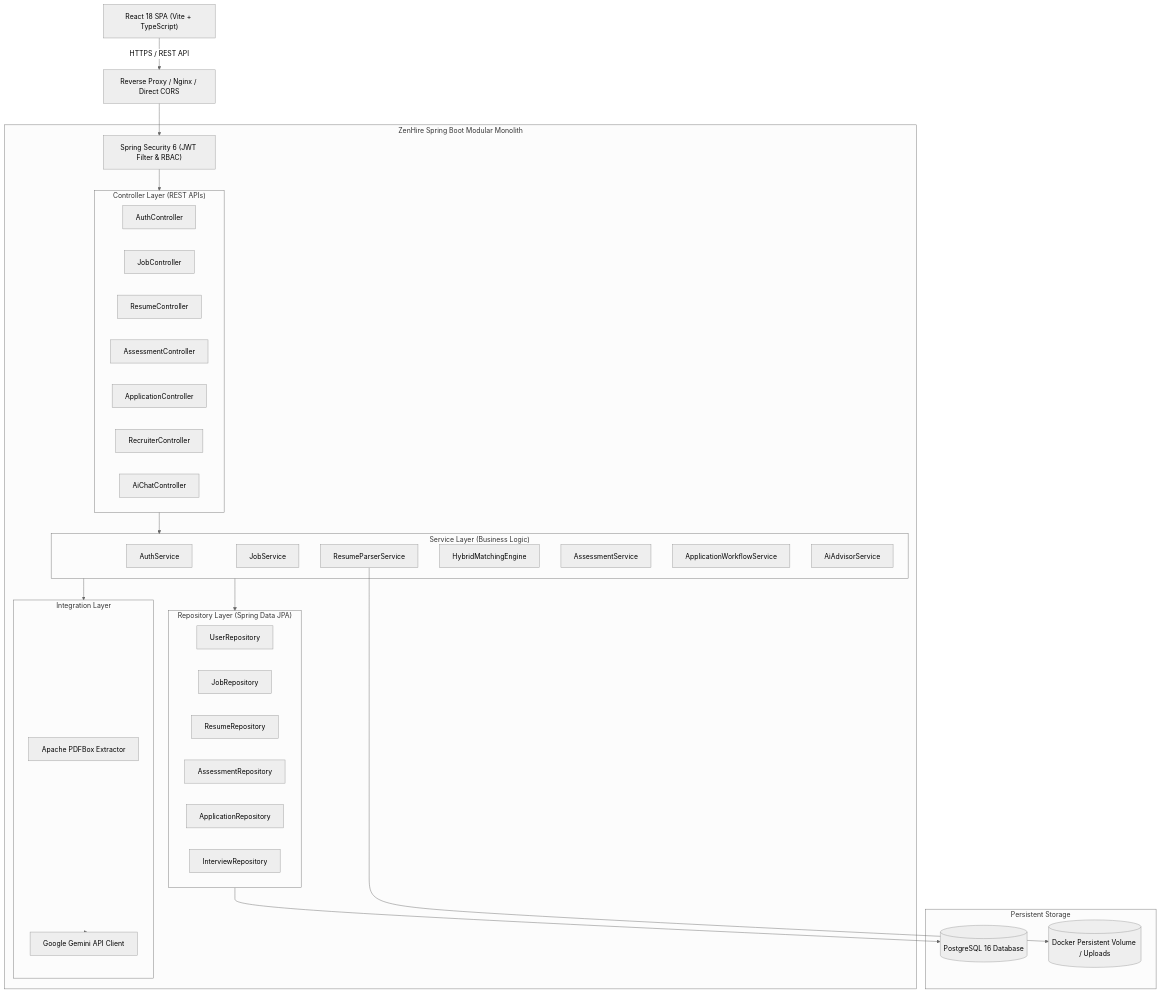
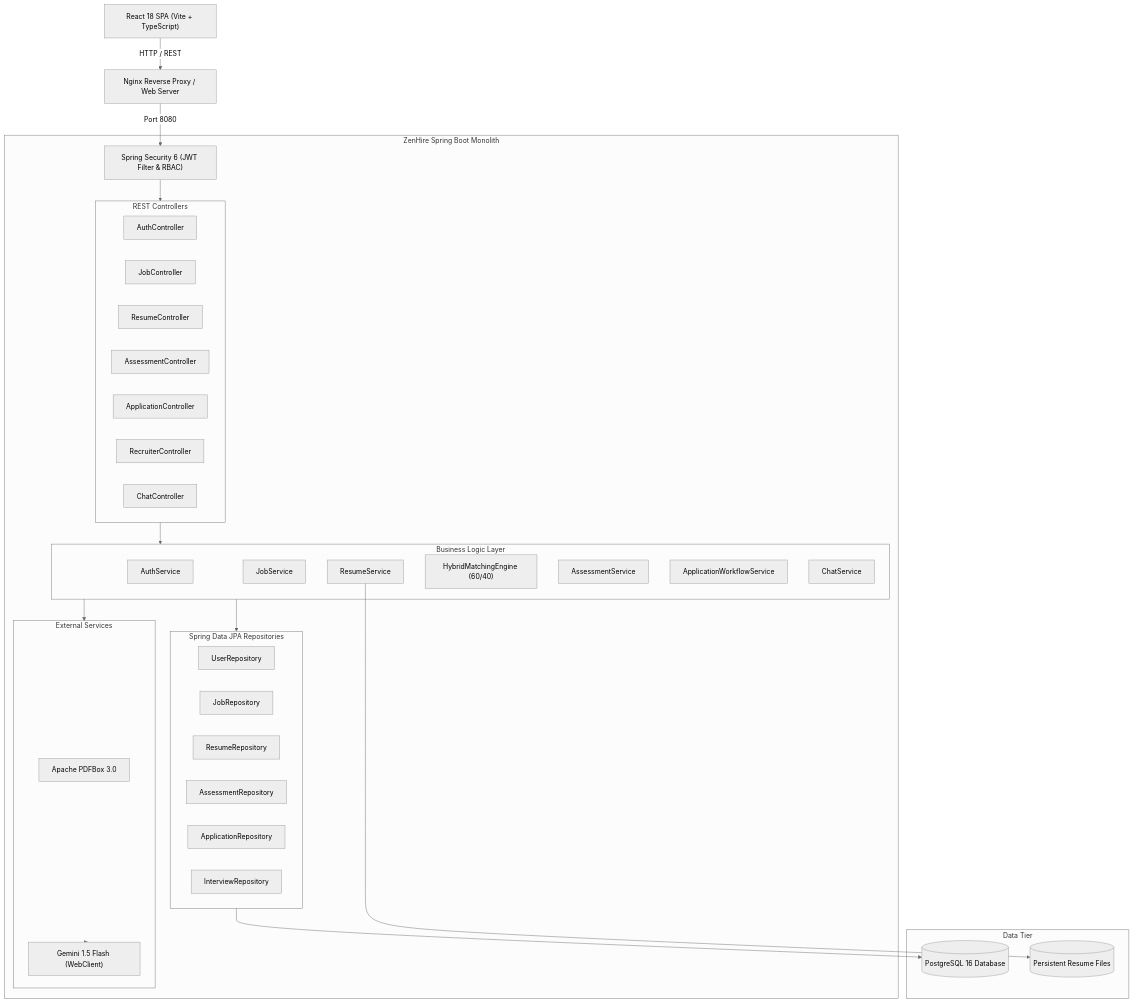
The diagram in README.md (Sumanthrillex07/ZenHire), drawn with Mermaid (neutral theme) before and after one commit. The commit also changed other lines of this file and 14 other files, not shown here.

````diff
--- a/README.md
+++ b/README.md
@@ -65,58 +69,58 @@
 ```mermaid
 flowchart TD
     Client["React 18 SPA (Vite + TypeScript)"]
-    Gateway["Reverse Proxy / Nginx / Direct CORS"]
+    Nginx["Nginx Reverse Proxy / Web Server"]
     
-    subgraph SpringBootApp["ZenHire Spring Boot Modular Monolith"]
+    subgraph Backend["ZenHire Spring Boot Monolith"]
         Security["Spring Security 6 (JWT Filter & RBAC)"]
         
-        subgraph Controllers["Controller Layer (REST APIs)"]
+        subgraph Controllers["REST Controllers"]
             AuthController["AuthController"]
             JobController["JobController"]
             ResumeController["ResumeController"]
-            TestController["AssessmentController"]
+            AssessmentController["AssessmentController"]
             AppController["ApplicationController"]
             RecruiterController["RecruiterController"]
-            ChatController["AiChatController"]
+            ChatController["ChatController"]
         end
         
-        subgraph Services["Service Layer (Business Logic)"]
+        subgraph Services["Business Logic Layer"]
             AuthService["AuthService"]
             JobService["JobService"]
-            ResumeParserService["ResumeParserService"]
-            MatchingEngine["HybridMatchingEngine"]
+            ResumeService["ResumeService"]
+            MatchingEngine["HybridMatchingEngine (60/40)"]
             AssessmentService["AssessmentService"]
             WorkflowService["ApplicationWorkflowService"]
-            AiAdvisorService["AiAdvisorService"]
+            ChatService["ChatService"]
         end
         
-        subgraph Repositories["Repository Layer (Spring Data JPA)"]
+        subgraph Persistence["Spring Data JPA Repositories"]
             UserRepo["UserRepository"]
             JobRepo["JobRepository"]
             ResumeRepo["ResumeRepository"]
             TestRepo["AssessmentRepository"]
             AppRepo["ApplicationRepository"]
             InterviewRepo["InterviewRepository"]
         end
         
-        subgraph Integrations["Integration Layer"]
-            PDFBox["Apache PDFBox Extractor"]
-            GeminiClient["Google Gemini API Client"]
+        subgraph Integrations["External Services"]
+            PDFBox["Apache PDFBox 3.0"]
+            GeminiClient["Gemini 1.5 Flash (WebClient)"]
         end
     end
     
-    subgraph Storage["Persistent Storage"]
+    subgraph Storage["Data Tier"]
         Postgres[(PostgreSQL 16 Database)]
-        Volume[(Docker Persistent Volume / Uploads)]
+        Uploads[(Persistent Resume Files)]
     end
     
-    Client -->|HTTPS / REST API| Gateway
-    Gateway --> Security
+    Client -->|HTTP / REST| Nginx
+    Nginx -->|Port 8080| Security
     Security --> Controllers
     Controllers --> Services
-    Services --> Repositories
+    Services --> Persistence
     Services --> Integrations
-    Repositories --> Postgres
-    ResumeParserService --> Volume
+    Persistence --> Postgres
+    ResumeService --> Uploads
     Integrations --> GeminiClient
 ```
````
